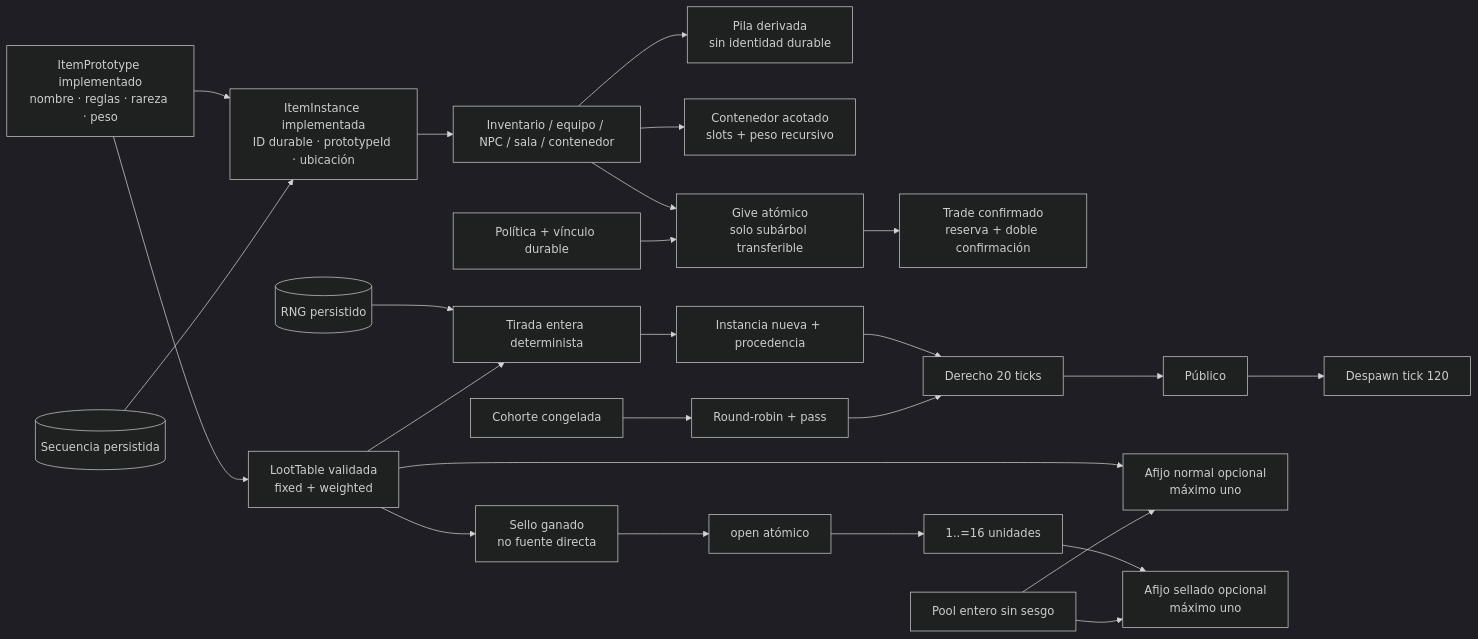
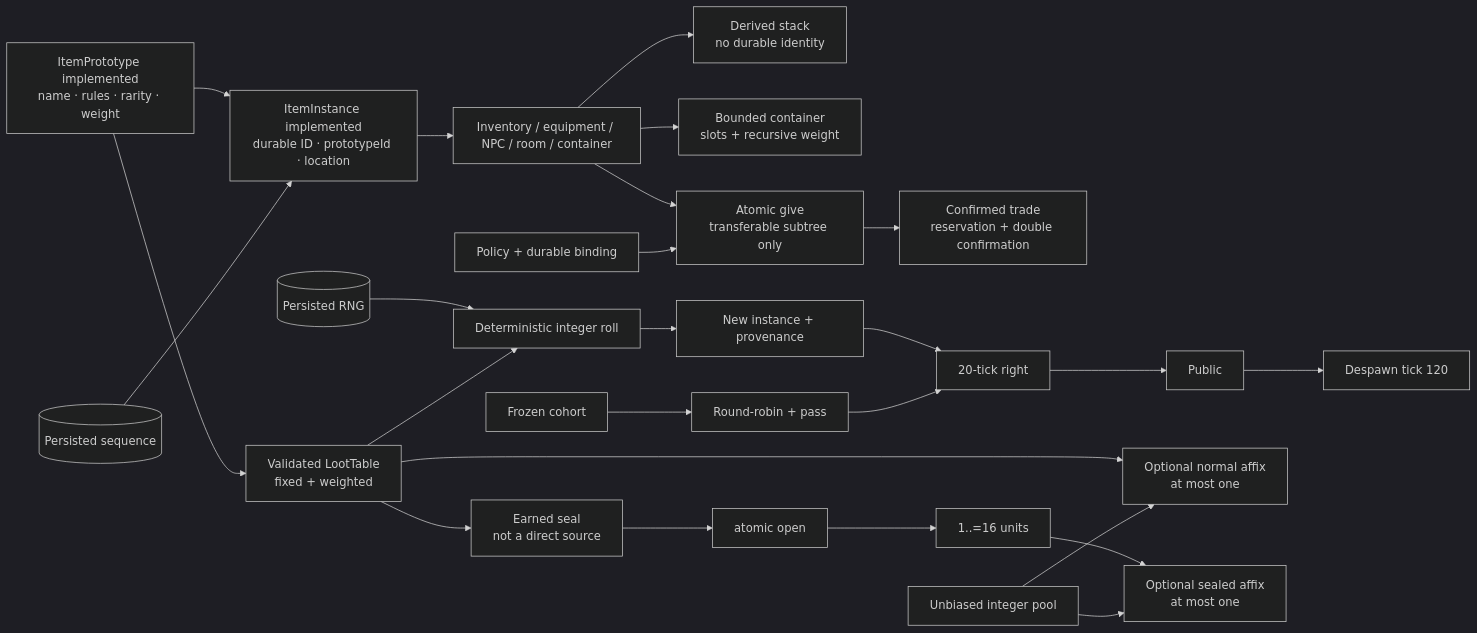
Before and after one commit to hyukudan/tiamud: the third of 3 diagrams in docs/design/social-staff-and-loot-roadmap.md, drawn with Mermaid (dark theme). The commit also changed other lines of this file and 11 other files, not shown here.

````diff
--- a/docs/design/social-staff-and-loot-roadmap.md
+++ b/docs/design/social-staff-and-loot-roadmap.md
@@ -536,31 +528,31 @@
 ```mermaid
 flowchart LR
-    accTitle: Inventario implementado y ampliaciones de transferencia y botín
-    accDescr: Cada unidad conserva identidad durable; pilas, contenedores, políticas, trade, tablas repetibles, sellos, afijos, procedencia y derechos son autoritativos.
+    accTitle: Implemented inventory and transfer and loot extensions
+    accDescr: Each unit keeps durable identity; stacks, containers, policies, trade, repeatable tables, seals, affixes, provenance, and rights are authoritative.
 
-    Prototype[ItemPrototype implementado<br/>nombre · reglas · rareza · peso] --> Instance[ItemInstance implementada<br/>ID durable · prototypeId · ubicación]
-    Sequence[(Secuencia persistida)] --> Instance
-    Instance --> Current[Inventario / equipo / NPC / sala / contenedor]
-    Current --> Stack[Pila derivada<br/>sin identidad durable]
-    Current --> Container[Contenedor acotado<br/>slots + peso recursivo]
-    Current --> Give[Give atómico<br/>solo subárbol transferible]
-    Policy[Política + vínculo durable] --> Give
-    Give --> Trade[Trade confirmado<br/>reserva + doble confirmación]
+    Prototype[ItemPrototype implemented<br/>name · rules · rarity · weight] --> Instance[ItemInstance implemented<br/>durable ID · prototypeId · location]
+    Sequence[(Persisted sequence)] --> Instance
+    Instance --> Current[Inventory / equipment / NPC / room / container]
+    Current --> Stack[Derived stack<br/>no durable identity]
+    Current --> Container[Bounded container<br/>slots + recursive weight]
+    Current --> Give[Atomic give<br/>transferable subtree only]
+    Policy[Policy + durable binding] --> Give
+    Give --> Trade[Confirmed trade<br/>reservation + double confirmation]
 
-    Prototype --> Table[LootTable validada<br/>fixed + weighted]
-    RNG[(RNG persistido)] --> Roll[Tirada entera determinista]
+    Prototype --> Table[Validated LootTable<br/>fixed + weighted]
+    RNG[(Persisted RNG)] --> Roll[Deterministic integer roll]
     Table --> Roll
-    Roll --> Generated[Instancia nueva + procedencia]
-    Generated --> Rights[Derecho 20 ticks]
-    Cohort[Cohorte congelada] --> RR[Round-robin + pass]
+    Roll --> Generated[New instance + provenance]
+    Generated --> Rights[20-tick right]
+    Cohort[Frozen cohort] --> RR[Round-robin + pass]
     RR --> Rights
-    Rights --> Public[Público]
+    Rights --> Public[Public]
     Public --> Despawn[Despawn tick 120]
-    Table --> NormalAffix[Afijo normal opcional<br/>máximo uno]
-    Table --> Seal[Sello ganado<br/>no fuente directa]
-    Seal --> Open[open atómico]
-    Open --> Reward[1..=16 unidades]
-    Reward --> SealedAffix[Afijo sellado opcional<br/>máximo uno]
-    AffixPool[Pool entero sin sesgo] --> NormalAffix
+    Table --> NormalAffix[Optional normal affix<br/>at most one]
+    Table --> Seal[Earned seal<br/>not a direct source]
+    Seal --> Open[atomic open]
+    Open --> Reward[1..=16 units]
+    Reward --> SealedAffix[Optional sealed affix<br/>at most one]
+    AffixPool[Unbiased integer pool] --> NormalAffix
     AffixPool --> SealedAffix
 ```
````
